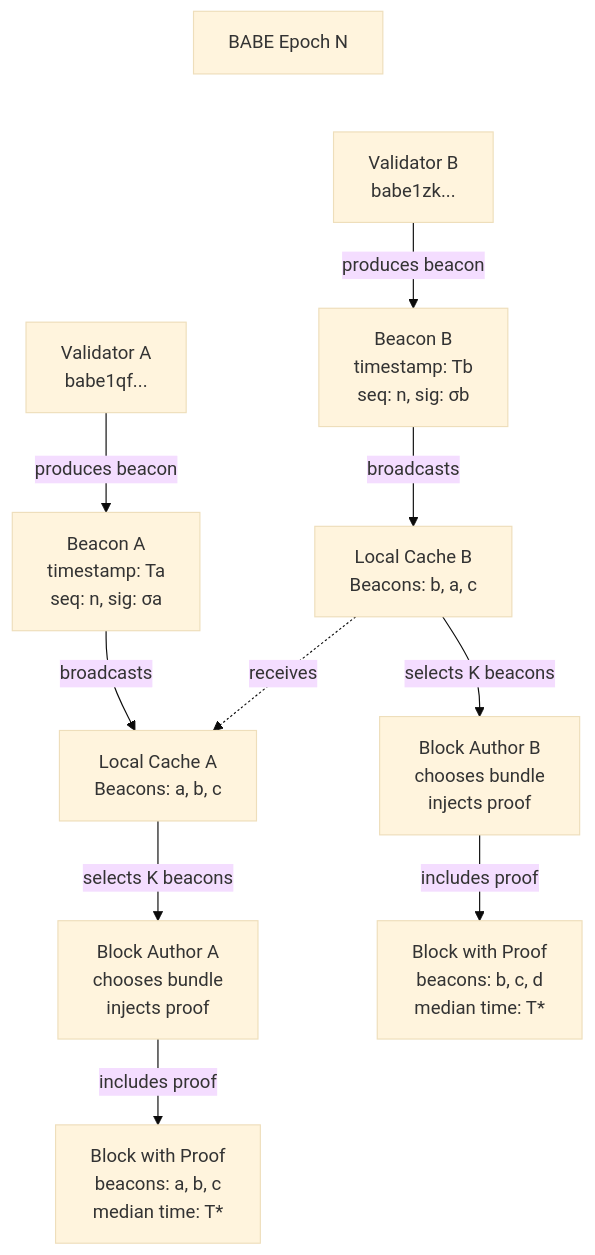
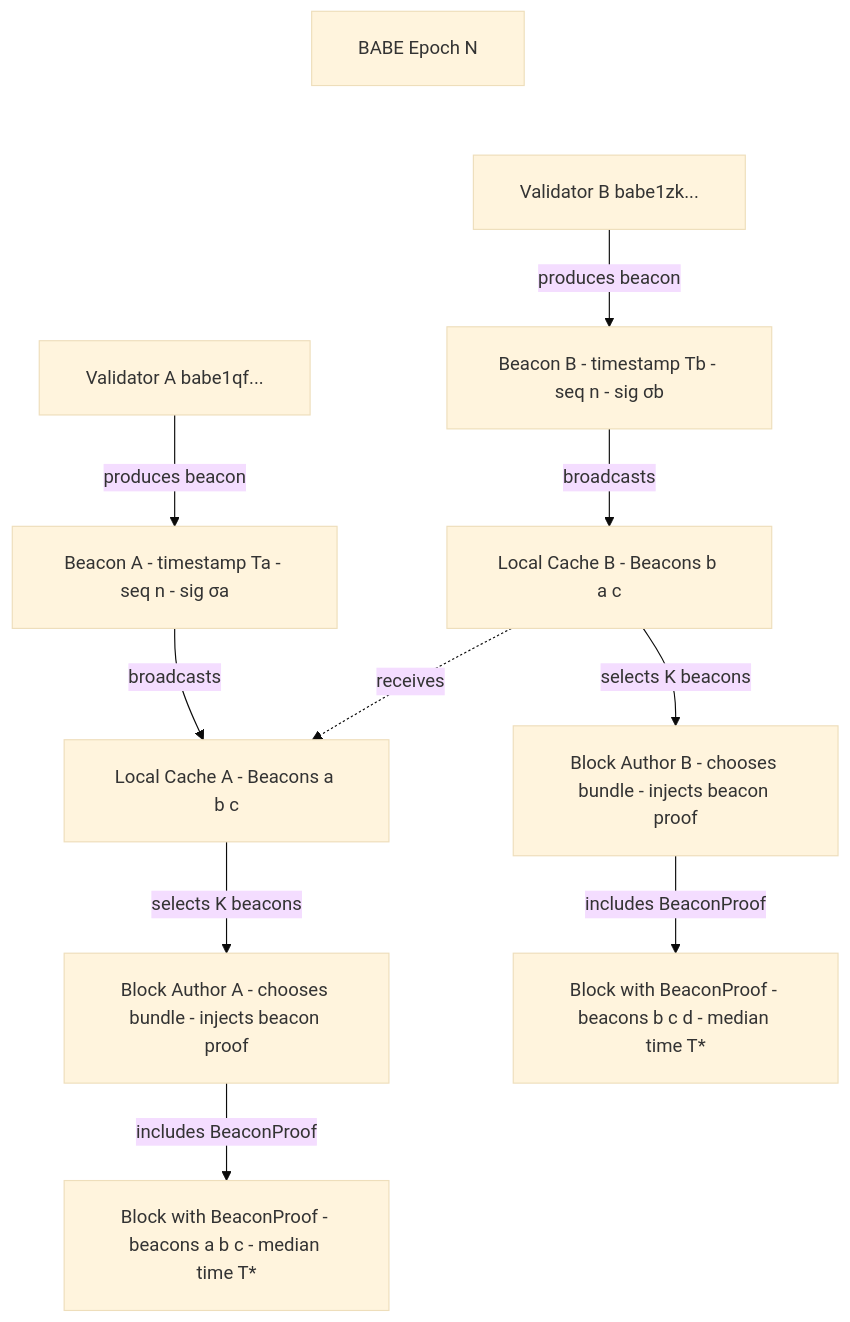
The first of 2 diagrams in articles/of-time-and-stamps.md (Roko-Network/roko-kb), drawn with Mermaid (base theme) before and after one commit.

Commit message:
Improve Proof of Time diagram sizing and restore BeaconProof terminology
- Add init directive with larger nodeSpacing, rankSpacing, padding
- Use single-line labels instead of HTML breaks
- Restore BeaconProof terminology in labels and edges

````diff
--- a/articles/of-time-and-stamps.md
+++ b/articles/of-time-and-stamps.md
@@ -106,31 +106,32 @@
 ```mermaid
+%%{init: {'flowchart': {'nodeSpacing': 50, 'rankSpacing': 60, 'padding': 20, 'wrappingWidth': 200}}}%%
 flowchart TB
-    Epoch["BABE Epoch N"]
+    Epoch[BABE Epoch N]
 
-    VA["Validator A<br/>babe1qf..."]
-    VB["Validator B<br/>babe1zk..."]
+    VA[Validator A babe1qf...]
+    VB[Validator B babe1zk...]
 
-    BeaconA["Beacon A<br/>timestamp: Ta<br/>seq: n, sig: σa"]
-    BeaconB["Beacon B<br/>timestamp: Tb<br/>seq: n, sig: σb"]
+    BeaconA[Beacon A - timestamp Ta - seq n - sig σa]
+    BeaconB[Beacon B - timestamp Tb - seq n - sig σb]
 
-    CacheA["Local Cache A<br/>Beacons: a, b, c"]
-    CacheB["Local Cache B<br/>Beacons: b, a, c"]
+    CacheA[Local Cache A - Beacons a b c]
+    CacheB[Local Cache B - Beacons b a c]
 
-    AuthorA["Block Author A<br/>chooses bundle<br/>injects proof"]
-    AuthorB["Block Author B<br/>chooses bundle<br/>injects proof"]
+    AuthorA[Block Author A - chooses bundle - injects beacon proof]
+    AuthorB[Block Author B - chooses bundle - injects beacon proof]
 
-    BlockA["Block with Proof<br/>beacons: a, b, c<br/>median time: T*"]
-    BlockB["Block with Proof<br/>beacons: b, c, d<br/>median time: T*"]
+    BlockA[Block with BeaconProof - beacons a b c - median time T*]
+    BlockB[Block with BeaconProof - beacons b c d - median time T*]
 
     Epoch ~~~ VA & VB
 
     VA -->|produces beacon| BeaconA
     VB -->|produces beacon| BeaconB
     BeaconA -->|broadcasts| CacheA
     BeaconB -->|broadcasts| CacheB
     CacheB -.->|receives| CacheA
     CacheA -->|selects K beacons| AuthorA
     CacheB -->|selects K beacons| AuthorB
-    AuthorA -->|includes proof| BlockA
-    AuthorB -->|includes proof| BlockB
+    AuthorA -->|includes BeaconProof| BlockA
+    AuthorB -->|includes BeaconProof| BlockB
 ```
````
